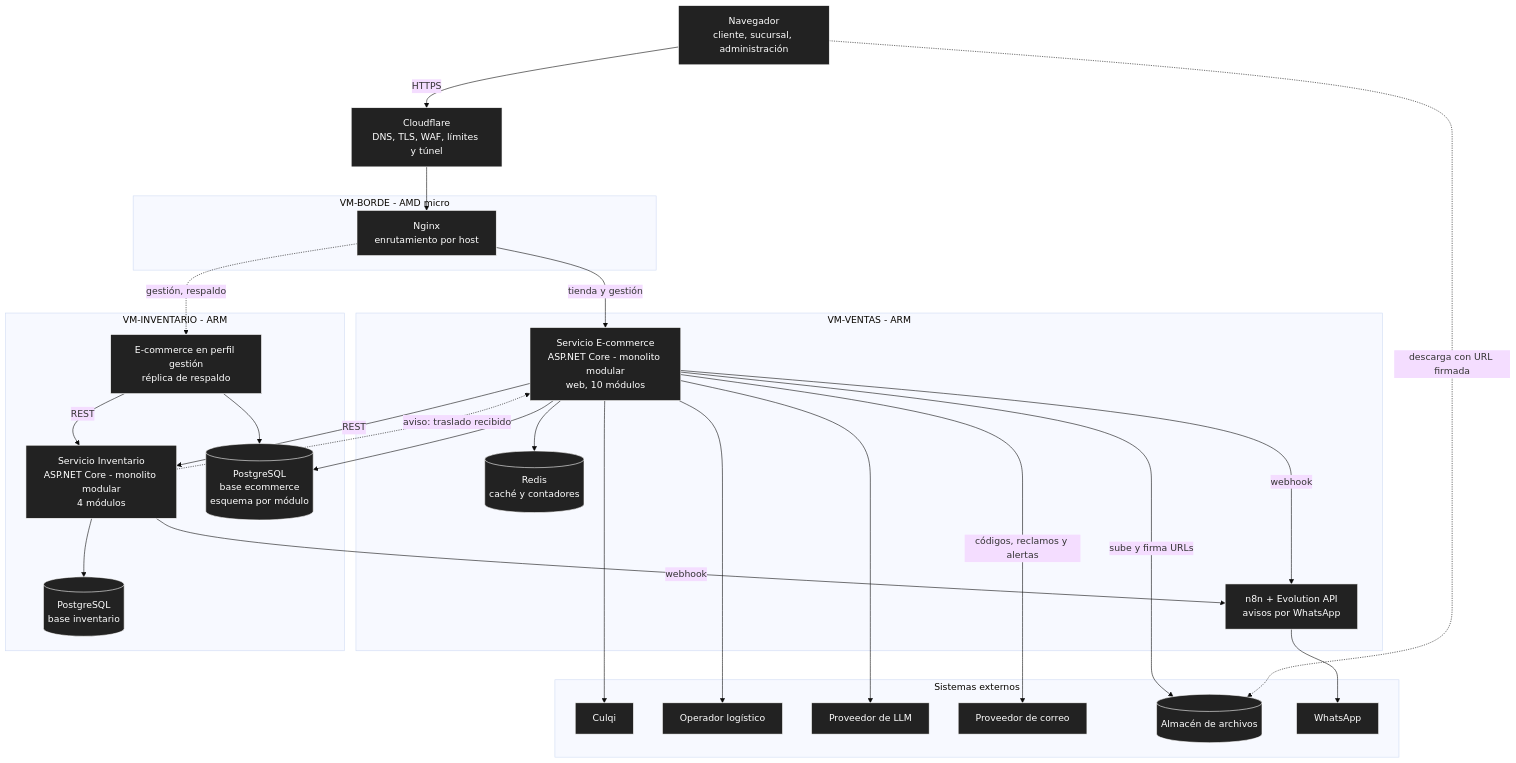
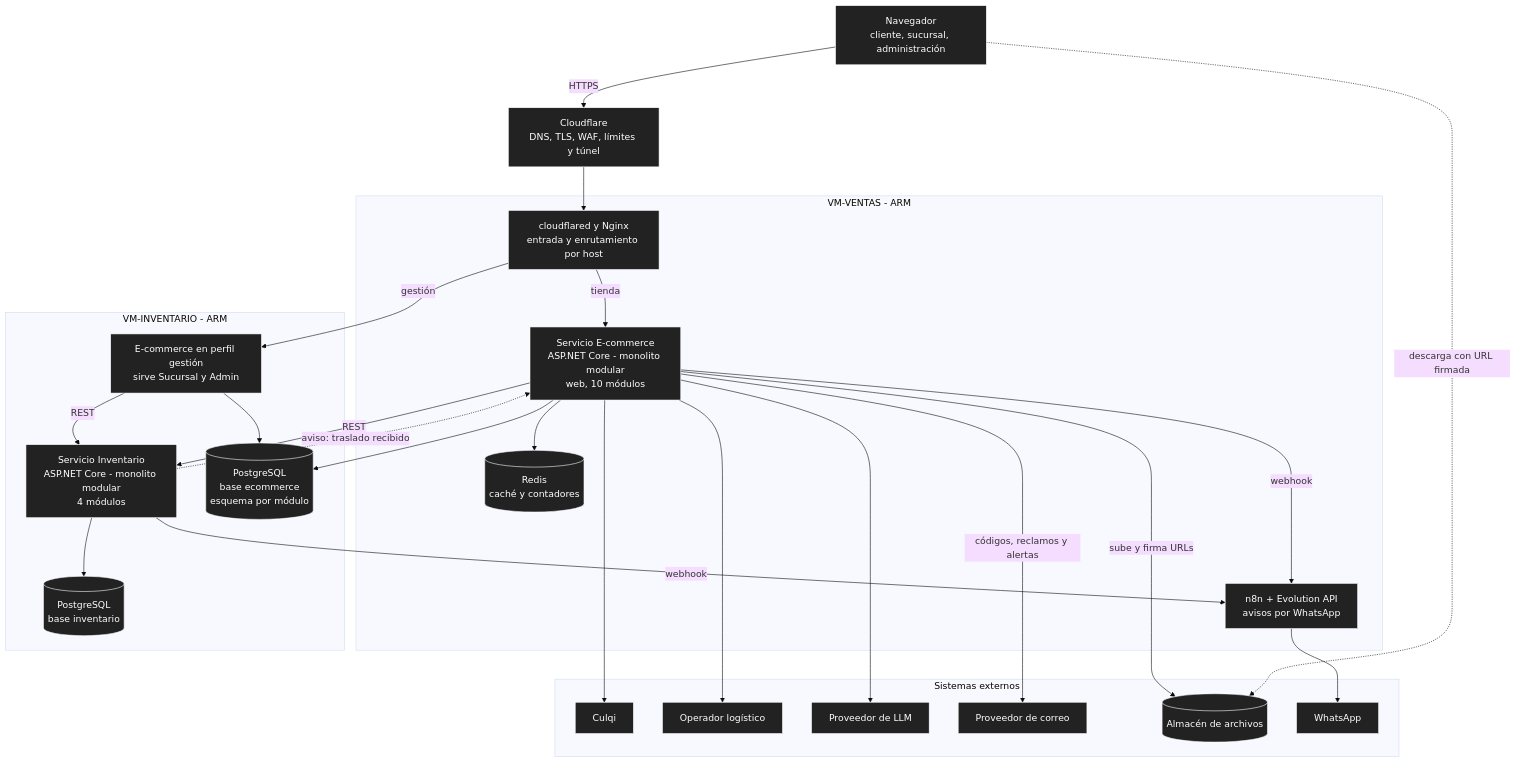
The second of 2 diagrams in docs/04-modelo-c4/01-contexto-y-contenedores.md (P35C4D0R4B1050/BabelHub), drawn with Mermaid (base theme) before and after one commit. The commit also changed other lines of this file and 42 other files, not shown here.

````diff
--- a/docs/04-modelo-c4/01-contexto-y-contenedores.md
+++ b/docs/04-modelo-c4/01-contexto-y-contenedores.md
@@ -58,55 +58,52 @@
 ```mermaid
 flowchart TD
 NAV["Navegador<br/>cliente, sucursal, administración"]
 CF["Cloudflare<br/>DNS, TLS, WAF, límites y túnel"]
 
-subgraph BOR["VM-BORDE - AMD micro"]
-NGX["Nginx<br/>enrutamiento por host"]
-end
-
 subgraph VEN["VM-VENTAS - ARM"]
+NGX["cloudflared y Nginx<br/>entrada y enrutamiento por host"]
 ECO["Servicio E-commerce<br/>ASP.NET Core - monolito modular<br/>web, 10 módulos"]
 RED[("Redis<br/>caché y contadores")]
 N8N["n8n + Evolution API<br/>avisos por WhatsApp"]
 end
 
 subgraph INVM["VM-INVENTARIO - ARM"]
 INV["Servicio Inventario<br/>ASP.NET Core - monolito modular<br/>4 módulos"]
-GES["E-commerce en perfil gestión<br/>réplica de respaldo"]
+GES["E-commerce en perfil gestión<br/>sirve Sucursal y Admin"]
 BDE[("PostgreSQL<br/>base ecommerce<br/>esquema por módulo")]
 BDI[("PostgreSQL<br/>base inventario")]
 end
 
 subgraph EXT["Sistemas externos"]
 PAG["Culqi"]
 ENV["Operador logístico"]
 LLM["Proveedor de LLM"]
 COR["Proveedor de correo"]
 ALM[("Almacén de archivos")]
 WA["WhatsApp"]
 end
 
 NAV -->|"HTTPS"| CF
 CF --> NGX
-NGX -->|"tienda y gestión"| ECO
-NGX -.->|"gestión, respaldo"| GES
+NGX -->|"tienda"| ECO
+NGX -->|"gestión"| GES
 ECO -->|"REST"| INV
 GES -->|"REST"| INV
 INV -.->|"aviso: traslado recibido"| ECO
 ECO --> BDE
 GES --> BDE
 INV --> BDI
 ECO --> RED
 ECO -->|"webhook"| N8N
 INV -->|"webhook"| N8N
 N8N --> WA
 ECO --> PAG
 ECO --> ENV
 ECO -->|"sube y firma URLs"| ALM
 ECO -->|"códigos, reclamos y alertas"| COR
 ECO --> LLM
 NAV -.->|"descarga con URL firmada"| ALM
 
 classDef n fill:#222,stroke:#fff,color:#fff
 class NAV,CF,NGX,ECO,INV,GES,RED,N8N,BDE,BDI,PAG,ENV,LLM,COR,ALM,WA n
 ```
````
